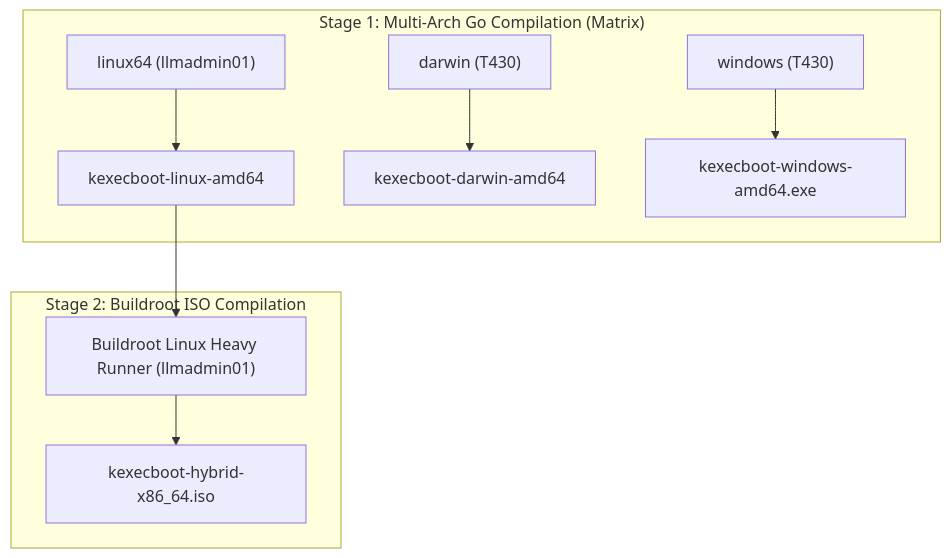
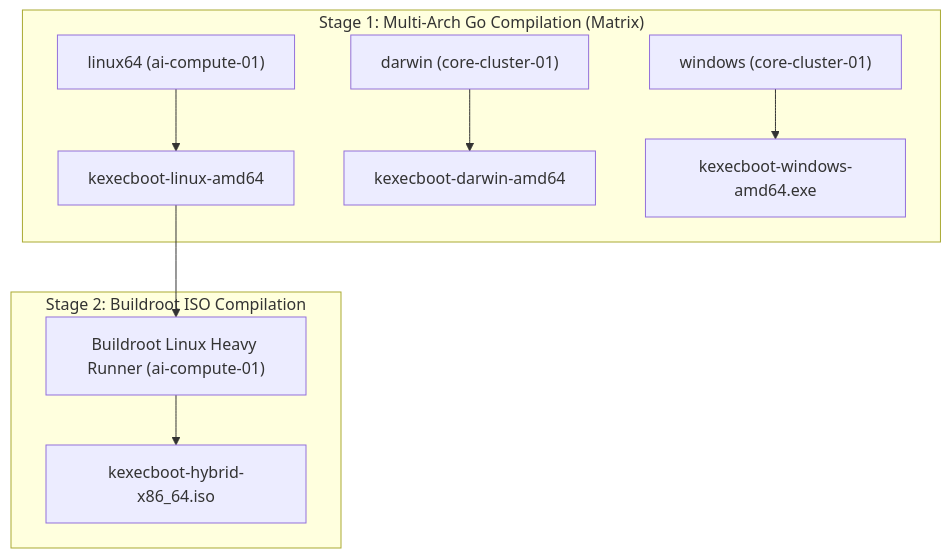
Before and after one commit to rpdev-cdn/iamrp.dev: the third of 3 diagrams in content/Projects/Hardware-Security/Kexecboot_Wireless_Bootloader.md, drawn with Mermaid. The commit also changed 220 other files, not shown here.

````diff
--- a/content/Projects/Hardware-Security/Kexecboot_Wireless_Bootloader.md
+++ b/content/Projects/Hardware-Security/Kexecboot_Wireless_Bootloader.md
@@ -129,13 +129,13 @@
 ```mermaid
 flowchart TD
     subgraph Stage1["Stage 1: Multi-Arch Go Compilation (Matrix)"]
-        Linux["linux64 (llmadmin01)"] --> BinLinux["kexecboot-linux-amd64"]
-        macOS["darwin (T430)"] --> BinMac["kexecboot-darwin-amd64"]
-        Windows["windows (T430)"] --> BinWin["kexecboot-windows-amd64.exe"]
+        Linux["linux64 (ai-compute-01)"] --> BinLinux["kexecboot-linux-amd64"]
+        macOS["darwin (core-cluster-01)"] --> BinMac["kexecboot-darwin-amd64"]
+        Windows["windows (core-cluster-01)"] --> BinWin["kexecboot-windows-amd64.exe"]
     end
 
     subgraph Stage2["Stage 2: Buildroot ISO Compilation"]
-        BinLinux --> BuildrootJob["Buildroot Linux Heavy Runner (llmadmin01)"]
+        BinLinux --> BuildrootJob["Buildroot Linux Heavy Runner (ai-compute-01)"]
         BuildrootJob --> Release["kexecboot-hybrid-x86_64.iso"]
     end
 ```
````
